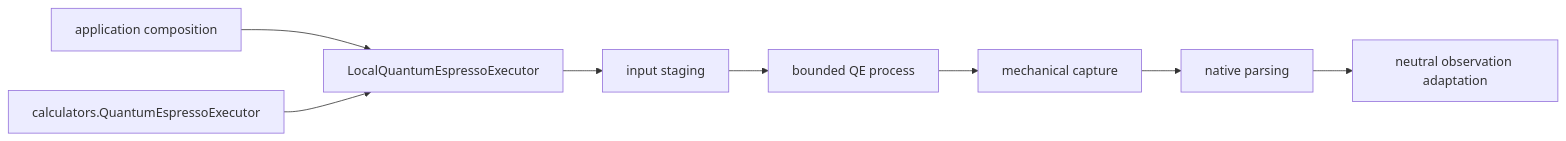
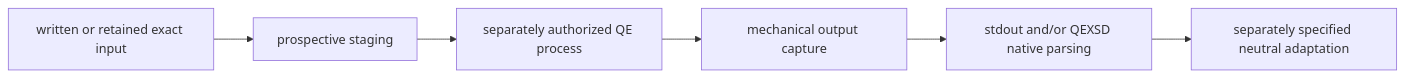
Before and after one commit to eragasa/ksdft2effmass: the second of 2 diagrams in docs/architecture/v2/ksdft2effmass/integration/quantumespresso/index.md, drawn with Mermaid. The commit also changed other lines of this file and 38 other files, not shown here.

Commit message:
Add loose Quantum ESPRESSO pw.x input boundary

````diff
--- a/docs/architecture/v2/ksdft2effmass/integration/quantumespresso/index.md
+++ b/docs/architecture/v2/ksdft2effmass/integration/quantumespresso/index.md
@@ -9,10 +53,8 @@
 ```mermaid
 flowchart LR
-    app["application composition"] --> local["LocalQuantumEspressoExecutor"]
-    contract["calculators.QuantumEspressoExecutor"] --> local
-    local --> stage["input staging"]
-    stage --> process["bounded QE process"]
-    process --> capture["mechanical capture"]
-    capture --> parse["native parsing"]
-    parse --> adapt["neutral observation adaptation"]
+    written["written or retained exact input"] --> stage["prospective staging"]
+    stage --> process["separately authorized QE process"]
+    process --> capture["mechanical output capture"]
+    capture --> native["stdout and/or QEXSD native parsing"]
+    native --> adapt["separately specified neutral adaptation"]
 ```
````
